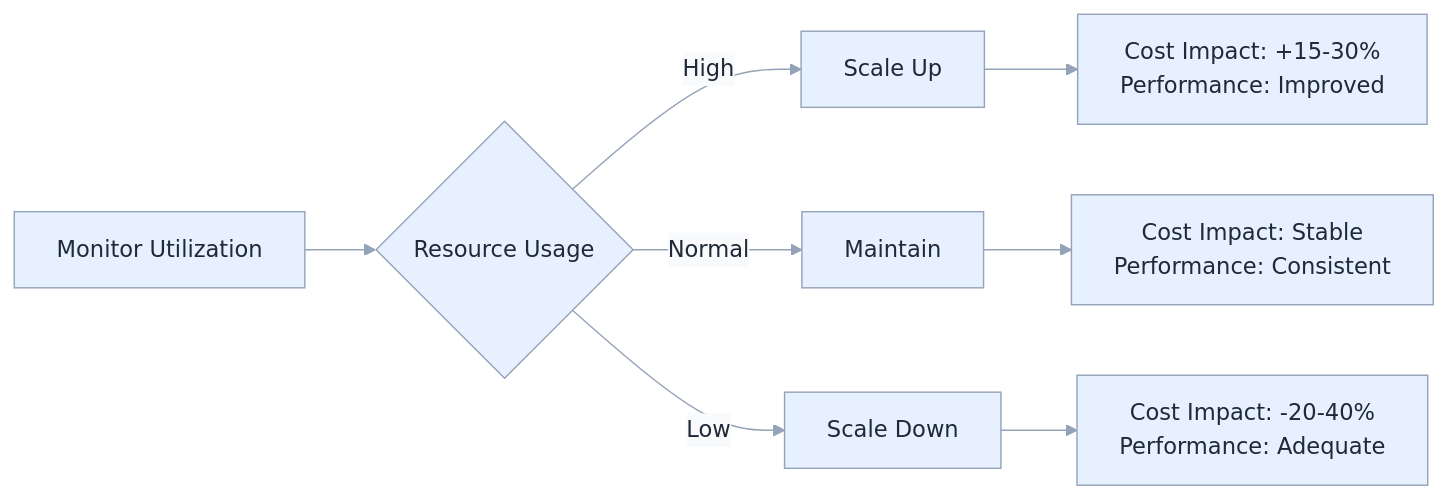
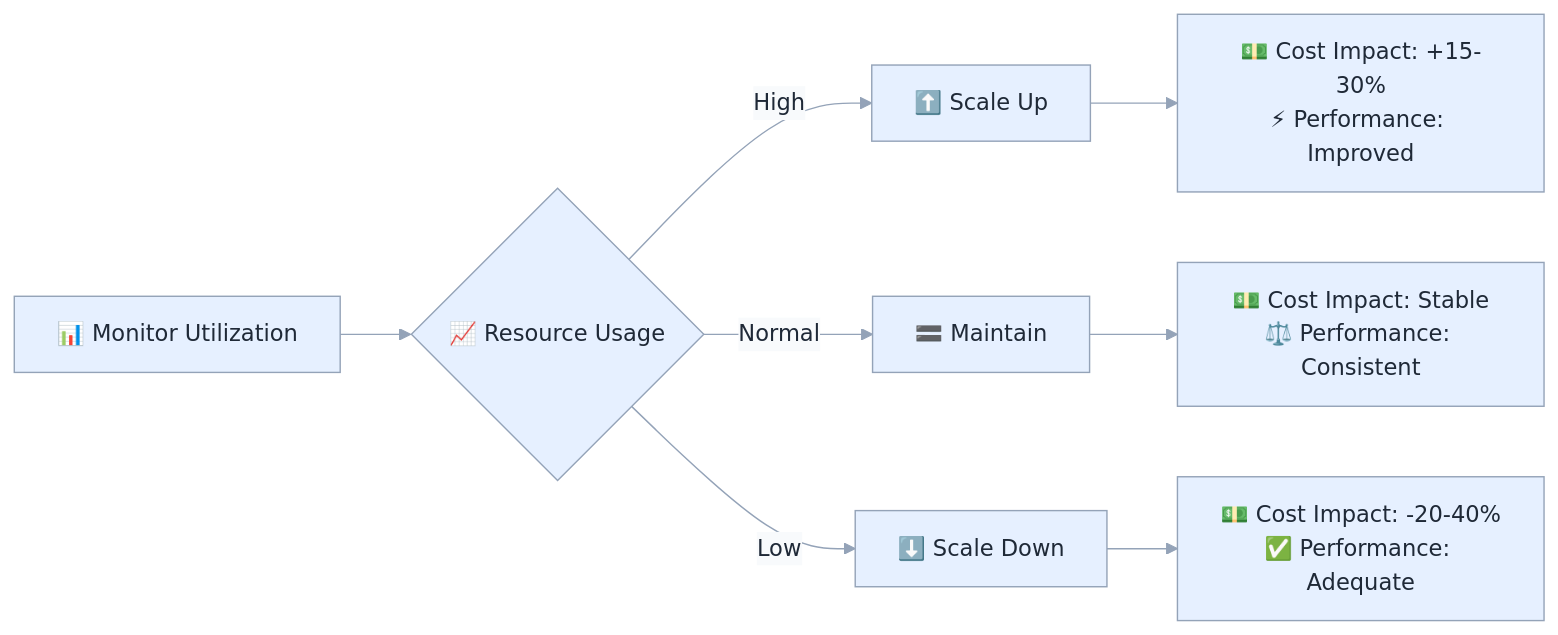
One commit to srnichols/StampsPattern changed the fifth of 9 diagrams in docs/COST_OPTIMIZATION_GUIDE.md. Above: the diagram before and after it, drawn with Mermaid. The commit also changed other lines of this file and 3 other files, not shown here.

Commit message:
docs: fix Related Guides bullet in LANDING_ZONES_GUIDE; add minimal icons to key diagrams; remove stale mermaid-theme-sample link from DOCS

````diff
--- a/docs/COST_OPTIMIZATION_GUIDE.md
+++ b/docs/COST_OPTIMIZATION_GUIDE.md
@@ -334,13 +334,13 @@
 ```mermaid
 %%{init: {"theme":"base","themeVariables":{"background":"transparent","primaryColor":"#E6F0FF","primaryTextColor":"#1F2937","primaryBorderColor":"#94A3B8","lineColor":"#94A3B8","secondaryColor":"#F3F4F6","tertiaryColor":"#DBEAFE","clusterBkg":"#F8FAFC","clusterBorder":"#CBD5E1","edgeLabelBackground":"#F8FAFC","fontFamily":"Segoe UI, Roboto, Helvetica, Arial, sans-serif"}} }%%
 flowchart LR
-    A[Monitor Utilization] --> B{Resource Usage}
-    B -->|High| C[Scale Up]
-    B -->|Normal| D[Maintain]
-    B -->|Low| E[Scale Down]
+    A[📊 Monitor Utilization] --> B{📈 Resource Usage}
+    B -->|High| C[⬆️ Scale Up]
+    B -->|Normal| D[🟰 Maintain]
+    B -->|Low| E[⬇️ Scale Down]
     
-    C --> F[Cost Impact: +15-30%<br/>Performance: Improved]
-    D --> G[Cost Impact: Stable<br/>Performance: Consistent]
-    E --> H[Cost Impact: -20-40%<br/>Performance: Adequate]
+    C --> F[💵 Cost Impact: +15-30%<br/>⚡ Performance: Improved]
+    D --> G[💵 Cost Impact: Stable<br/>⚖️ Performance: Consistent]
+    E --> H[💵 Cost Impact: -20-40%<br/>✅ Performance: Adequate]
 
 ```
````
